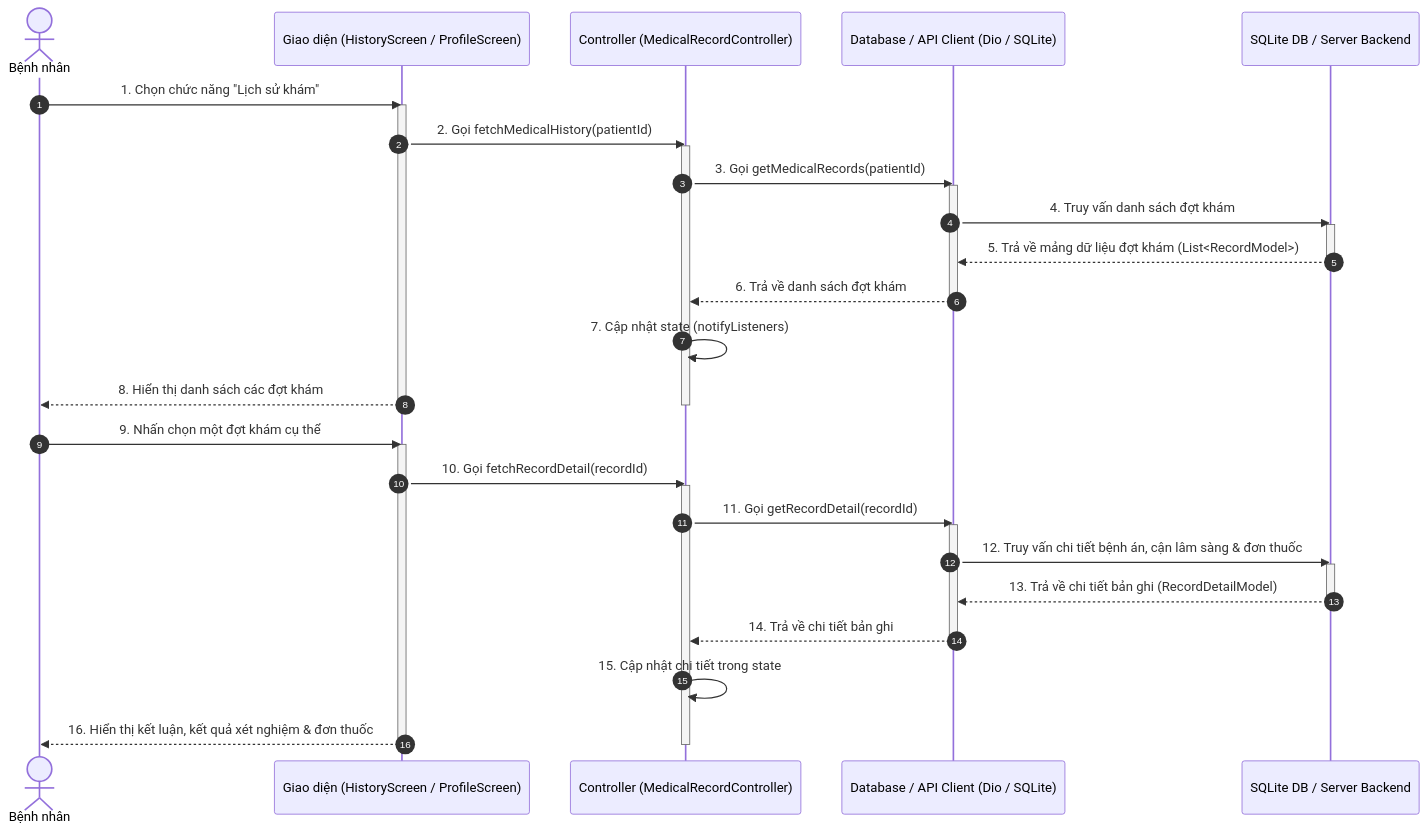
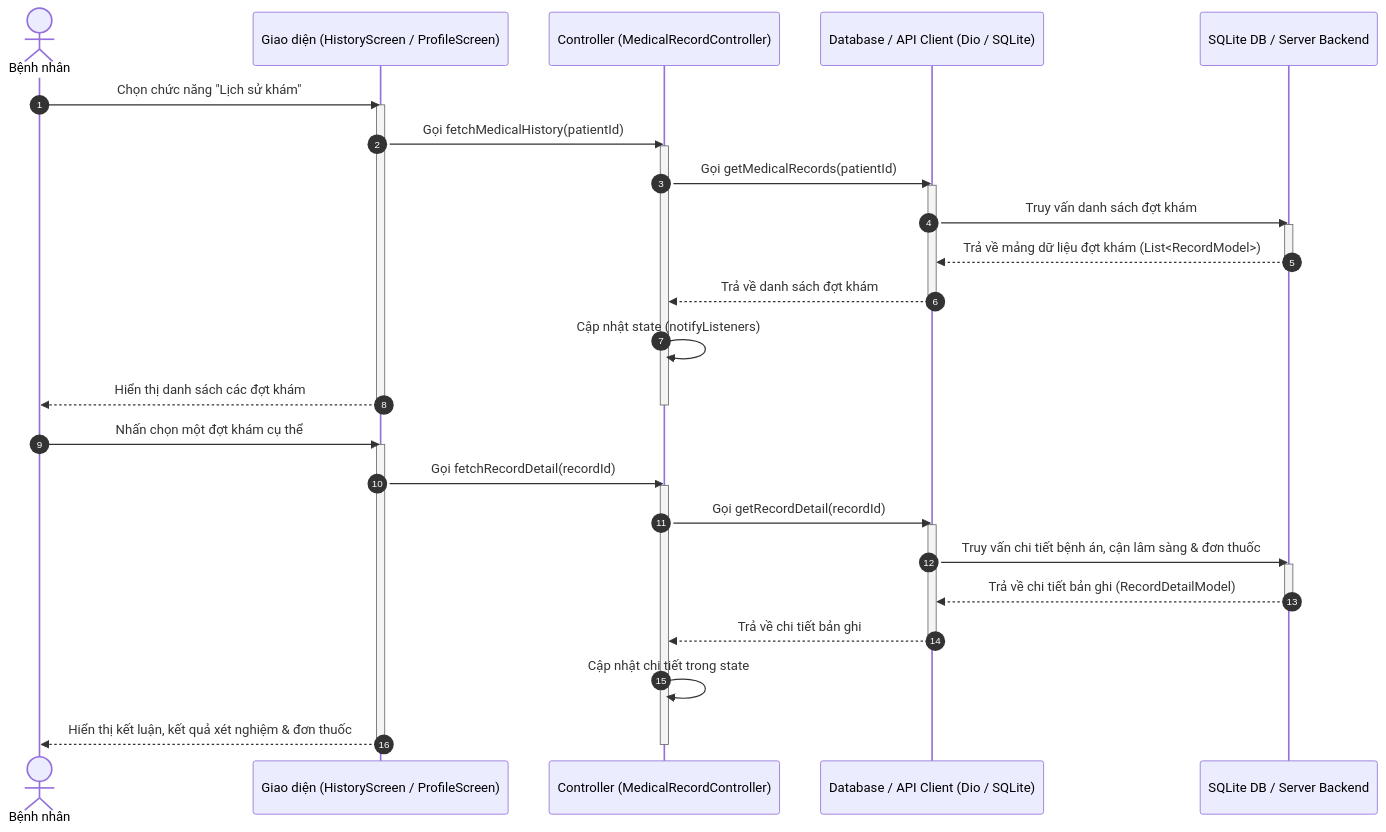
One commit to danhhuit/care4u_medical_booking changed the second of 4 diagrams in docs/sequence_diagrams.md. Above: the diagram before and after it, drawn with Mermaid. The commit also changed other lines of this file, not shown here.

Commit message:
docs: update sequence diagrams with PlantUML syntax and alternative websites

````diff
--- a/docs/sequence_diagrams.md
+++ b/docs/sequence_diagrams.md
@@ -30,45 +78,43 @@
 ```mermaid
 sequenceDiagram
     autonumber
     actor Patient as Bệnh nhân
     participant UI as Giao diện (HistoryScreen / ProfileScreen)
     participant Ctrl as Controller (MedicalRecordController)
     participant Client as Database / API Client (Dio / SQLite)
     participant DB as SQLite DB / Server Backend
 
-    %% Luồng 1: Tải danh sách lịch sử khám
-    Patient->>UI: 1. Chọn chức năng "Lịch sử khám"
+    Patient->>UI: Chọn chức năng "Lịch sử khám"
     activate UI
-    UI->>Ctrl: 2. Gọi fetchMedicalHistory(patientId)
+    UI->>Ctrl: Gọi fetchMedicalHistory(patientId)
     activate Ctrl
-    Ctrl->>Client: 3. Gọi getMedicalRecords(patientId)
+    Ctrl->>Client: Gọi getMedicalRecords(patientId)
     activate Client
-    Client->>DB: 4. Truy vấn danh sách đợt khám
+    Client->>DB: Truy vấn danh sách đợt khám
     activate DB
-    DB-->>Client: 5. Trả về mảng dữ liệu đợt khám (List<RecordModel>)
+    DB-->>Client: Trả về mảng dữ liệu đợt khám (List<RecordModel>)
     deactivate DB
-    Client-->>Ctrl: 6. Trả về danh sách đợt khám
+    Client-->>Ctrl: Trả về danh sách đợt khám
     deactivate Client
-    Ctrl->>Ctrl: 7. Cập nhật state (notifyListeners)
-    UI-->>Patient: 8. Hiển thị danh sách các đợt khám
+    Ctrl->>Ctrl: Cập nhật state (notifyListeners)
+    UI-->>Patient: Hiển thị danh sách các đợt khám
     deactivate Ctrl
     deactivate UI
 
-    %% Luồng 2: Xem chi tiết một đợt khám
-    Patient->>UI: 9. Nhấn chọn một đợt khám cụ thể
+    Patient->>UI: Nhấn chọn một đợt khám cụ thể
     activate UI
-    UI->>Ctrl: 10. Gọi fetchRecordDetail(recordId)
+    UI->>Ctrl: Gọi fetchRecordDetail(recordId)
     activate Ctrl
-    Ctrl->>Client: 11. Gọi getRecordDetail(recordId)
+    Ctrl->>Client: Gọi getRecordDetail(recordId)
     activate Client
-    Client->>DB: 12. Truy vấn chi tiết bệnh án, cận lâm sàng & đơn thuốc
+    Client->>DB: Truy vấn chi tiết bệnh án, cận lâm sàng & đơn thuốc
     activate DB
-    DB-->>Client: 13. Trả về chi tiết bản ghi (RecordDetailModel)
+    DB-->>Client: Trả về chi tiết bản ghi (RecordDetailModel)
     deactivate DB
-    Client-->>Ctrl: 14. Trả về chi tiết bản ghi
+    Client-->>Ctrl: Trả về chi tiết bản ghi
     deactivate Client
-    Ctrl->>Ctrl: 15. Cập nhật chi tiết trong state
-    UI-->>Patient: 16. Hiển thị kết luận, kết quả xét nghiệm & đơn thuốc
+    Ctrl->>Ctrl: Cập nhật chi tiết trong state
+    UI-->>Patient: Hiển thị kết luận, kết quả xét nghiệm & đơn thuốc
     deactivate Ctrl
     deactivate UI
 ```
````
